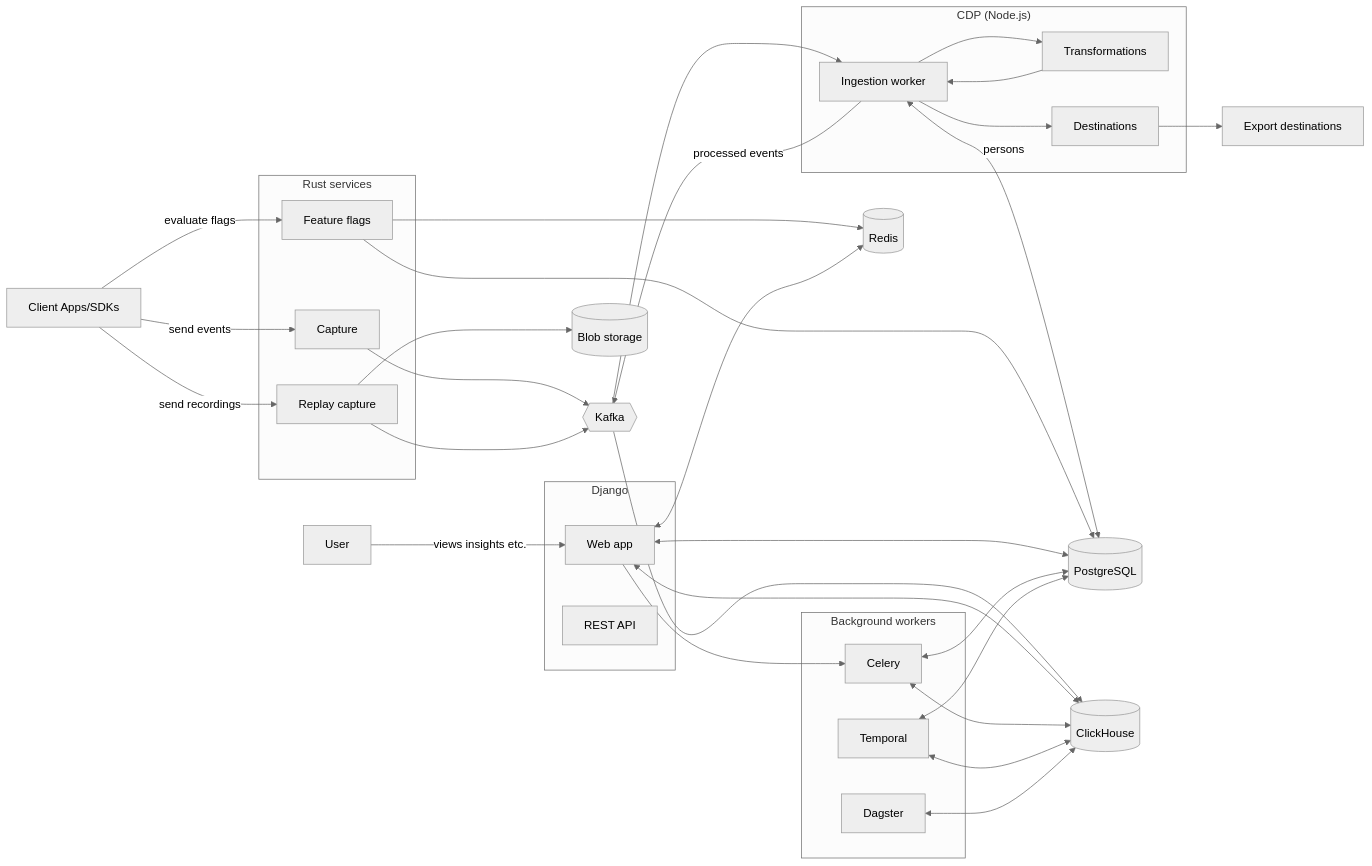
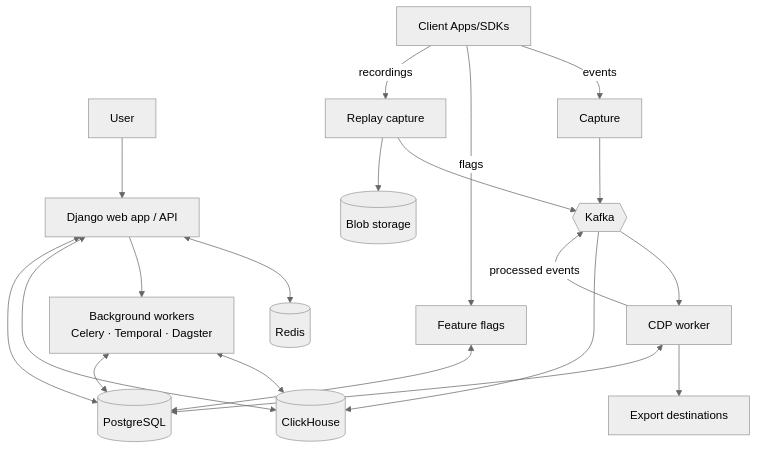
Before and after one commit to PostHog/posthog.com: the second of 3 diagrams in contents/docs/how-posthog-works/index.mdx, drawn with Mermaid (neutral theme). The commit also changed other lines of this file and 2 other files, not shown here.

Commit message:
Fix diagram line crossings and add ClickHouse shard/replica detail

````diff
--- a/contents/docs/how-posthog-works/index.mdx
+++ b/contents/docs/how-posthog-works/index.mdx
@@ -49,66 +49,27 @@
 ```mermaid
-graph LR
-    u[User]
-    sdk[Client Apps/SDKs]
-    ex[Export destinations]
+graph TD
+    u[User] --> web[Django web app / API]
+    sdk[Client Apps/SDKs] -->|events| cap[Capture]
+    sdk -->|flags| flags[Feature flags]
+    sdk -->|recordings| replay[Replay capture]
 
-    subgraph "Rust services"
-        cap[Capture]
-        flags[Feature flags]
-        replay[Replay capture]
-    end
+    web <--> redis[(Redis)]
+    web --> workers[Background workers<br/>Celery · Temporal · Dagster]
 
-    subgraph "Django"
-        web[Web app]
-        api[REST API]
-    end
+    cap --> kafka{{Kafka}}
+    replay --> kafka
+    replay --> blob[(Blob storage)]
 
-    kafka{{Kafka}}
+    kafka --> cdp[CDP worker]
+    cdp -->|processed events| kafka
+    cdp --> ex[Export destinations]
 
-    subgraph "CDP (Node.js)"
-        transform[Transformations]
-        ingest[Ingestion worker]
-        dest[Destinations]
-    end
+    web <--> ch[(ClickHouse)]
+    workers <--> ch
+    kafka --> ch
 
-    subgraph "Background workers"
-        celery[Celery]
-        temporal[Temporal]
-        dagster[Dagster]
-    end
-
-    pg[(PostgreSQL)]
-    ch[(ClickHouse)]
-    redis[(Redis)]
-    blob[(Blob storage)]
-
-    sdk -->|send events| cap
-    sdk -->|evaluate flags| flags
-    sdk -->|send recordings| replay
-
-    u -->|views insights etc.| web
-
-    cap --> kafka
-    replay --> kafka
-    kafka --> ingest
-    ingest --> transform
-    transform --> ingest
-    ingest -->|processed events| kafka --> ch
-    ingest <-->|persons| pg
-    ingest --> dest --> ex
-
-    flags --> redis
-    flags --> pg
-
-    web --> celery
-    web <--> pg
-    web <--> ch
-    web <--> redis
-    celery <--> pg
-    celery <--> ch
-    temporal <--> pg
-    temporal <--> ch
-    dagster <--> ch
-
-    replay --> blob
+    web <--> pg[(PostgreSQL)]
+    workers <--> pg
+    flags <--> pg
+    cdp <--> pg
 ```
````
